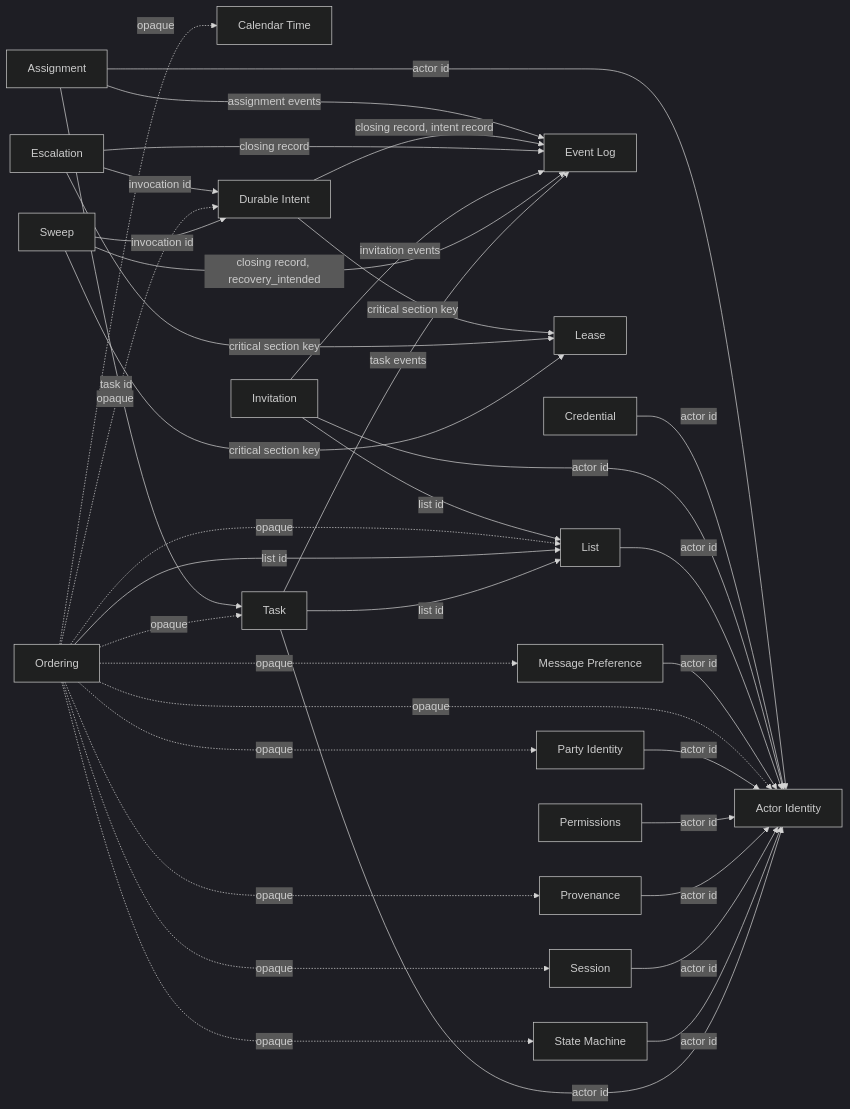
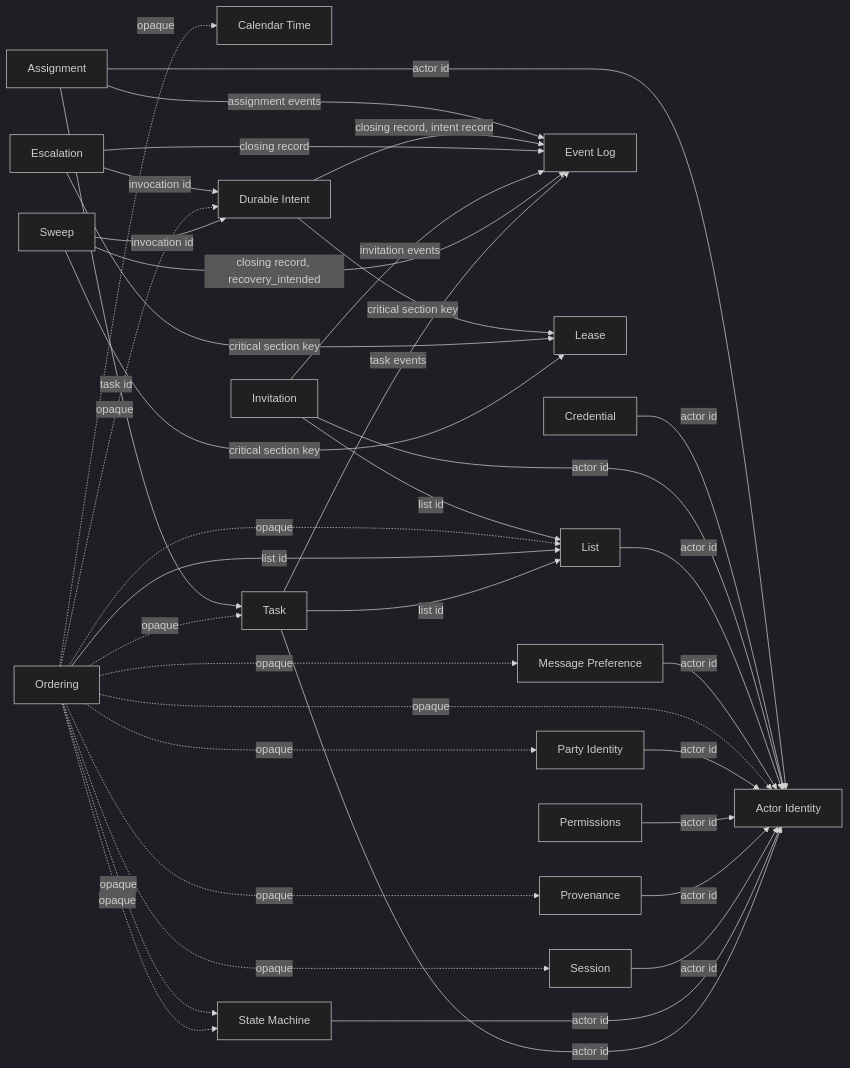
One commit to scottromack/grace-commons changed the first of 3 diagrams in library/graph.md. Above: the diagram before and after it, drawn with Mermaid. The commit also changed 5 other files, not shown here.

````diff
--- a/library/graph.md
+++ b/library/graph.md
@@ -22,59 +22,60 @@
 ```mermaid
 %%{init: {"theme": "dark", "flowchart": {"htmlLabels": true}} }%%
 flowchart LR
   b_actor_identity["Actor Identity"]
   b_assignment["Assignment"]
   b_calendar_time["Calendar Time"]
   b_credential["Credential"]
   b_durable_intent["Durable Intent"]
   b_escalation["Escalation"]
   b_event_log["Event Log"]
   b_invitation["Invitation"]
   b_lease["Lease"]
   b_list["List"]
   b_message_preference["Message Preference"]
   b_ordering["Ordering"]
   b_party_identity["Party Identity"]
   b_permissions["Permissions"]
   b_provenance["Provenance"]
   b_session["Session"]
   b_state_machine["State Machine"]
   b_sweep["Sweep"]
   b_task["Task"]
   b_assignment -->|"task id"| b_task
   b_assignment -->|"actor id"| b_actor_identity
   b_assignment -->|"assignment events"| b_event_log
   b_credential -->|"actor id"| b_actor_identity
   b_durable_intent -->|"critical section key"| b_lease
   b_durable_intent -->|"closing record, intent record"| b_event_log
   b_escalation -->|"critical section key"| b_lease
   b_escalation -->|"invocation id"| b_durable_intent
   b_escalation -->|"closing record"| b_event_log
   b_invitation -->|"list id"| b_list
   b_invitation -->|"actor id"| b_actor_identity
   b_invitation -->|"invitation events"| b_event_log
   b_list -->|"actor id"| b_actor_identity
   b_message_preference -->|"actor id"| b_actor_identity
   b_ordering -.->|"opaque"| b_actor_identity
   b_ordering -.->|"opaque"| b_calendar_time
   b_ordering -.->|"opaque"| b_durable_intent
   b_ordering -.->|"opaque"| b_list
   b_ordering -.->|"opaque"| b_message_preference
   b_ordering -.->|"opaque"| b_party_identity
   b_ordering -.->|"opaque"| b_provenance
   b_ordering -.->|"opaque"| b_session
   b_ordering -.->|"opaque"| b_state_machine
+  b_ordering -.->|"opaque"| b_state_machine
   b_ordering -.->|"opaque"| b_task
   b_ordering -->|"list id"| b_list
   b_party_identity -->|"actor id"| b_actor_identity
   b_permissions -->|"actor id"| b_actor_identity
   b_provenance -->|"actor id"| b_actor_identity
   b_session -->|"actor id"| b_actor_identity
   b_state_machine -->|"actor id"| b_actor_identity
   b_sweep -->|"critical section key"| b_lease
   b_sweep -->|"invocation id"| b_durable_intent
   b_sweep -->|"closing record, recovery_intended"| b_event_log
   b_task -->|"list id"| b_list
   b_task -->|"actor id"| b_actor_identity
   b_task -->|"task events"| b_event_log
 ```
````
